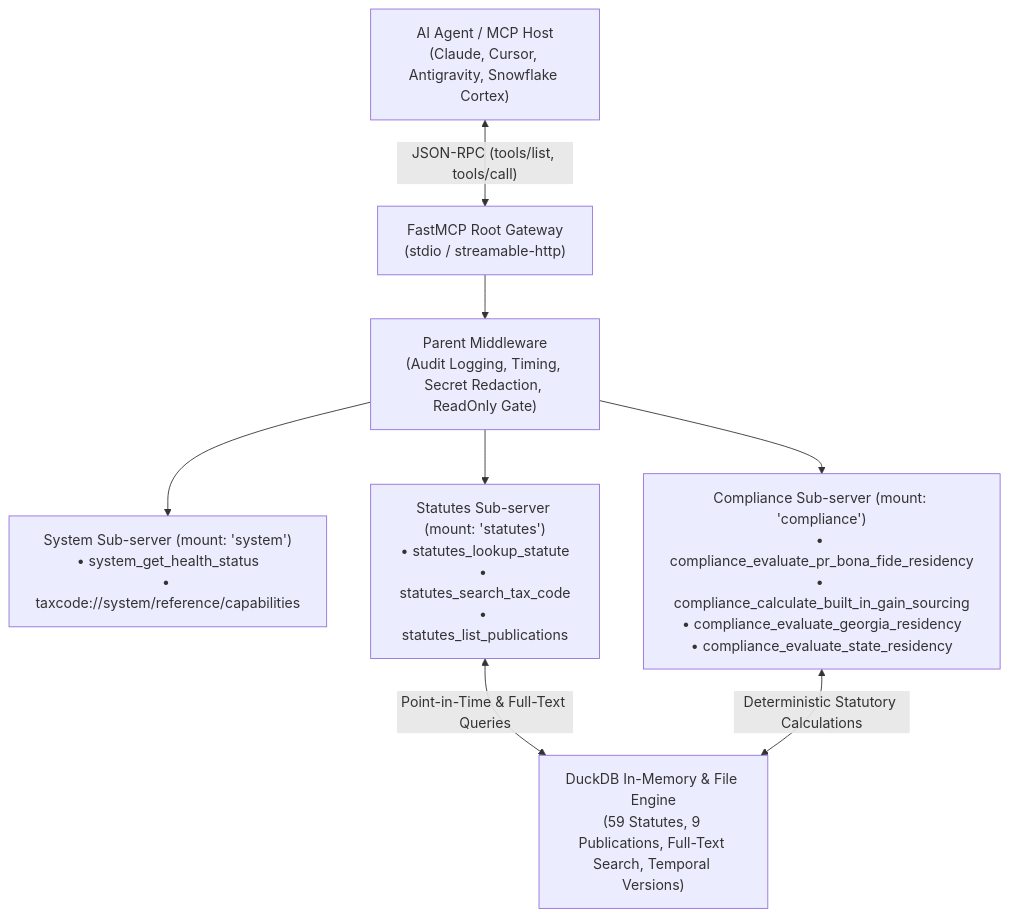
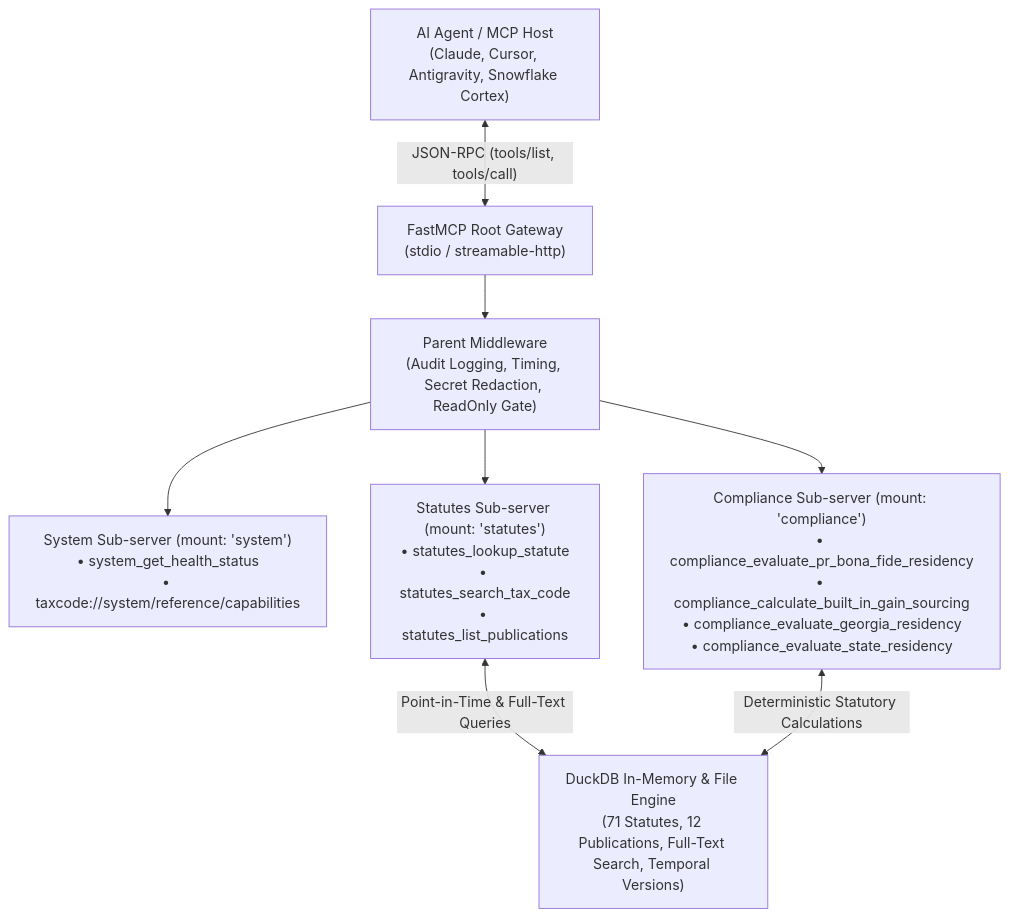
The diagram in README.md (christianclaudio/mcp-server-taxcode), drawn with Mermaid before and after one commit. The commit also changed other lines of this file and 19 other files, not shown here.

````diff
--- a/README.md
+++ b/README.md
@@ -22,18 +22,18 @@
 ```mermaid
 graph TD
     Client["AI Agent / MCP Host<br>(Claude, Cursor, Antigravity, Snowflake Cortex)"]
     Gateway["FastMCP Root Gateway<br>(stdio / streamable-http)"]
     ParentMW["Parent Middleware<br>(Audit Logging, Timing, Secret Redaction, ReadOnly Gate)"]
     SysSub["System Sub-server (mount: 'system')<br>• system_get_health_status<br>• taxcode://system/reference/capabilities"]
     StatSub["Statutes Sub-server (mount: 'statutes')<br>• statutes_lookup_statute<br>• statutes_search_tax_code<br>• statutes_list_publications"]
     CompSub["Compliance Sub-server (mount: 'compliance')<br>• compliance_evaluate_pr_bona_fide_residency<br>• compliance_calculate_built_in_gain_sourcing<br>• compliance_evaluate_georgia_residency<br>• compliance_evaluate_state_residency"]
-    DuckDB["DuckDB In-Memory & File Engine<br>(59 Statutes, 9 Publications, Full-Text Search, Temporal Versions)"]
+    DuckDB["DuckDB In-Memory & File Engine<br>(71 Statutes, 12 Publications, Full-Text Search, Temporal Versions)"]
 
     Client <-->|"JSON-RPC (tools/list, tools/call)"| Gateway
     Gateway --> ParentMW
     ParentMW --> SysSub
     ParentMW --> StatSub
     ParentMW --> CompSub
     StatSub <-->|"Point-in-Time & Full-Text Queries"| DuckDB
     CompSub <-->|"Deterministic Statutory Calculations"| DuckDB
 ```
````
